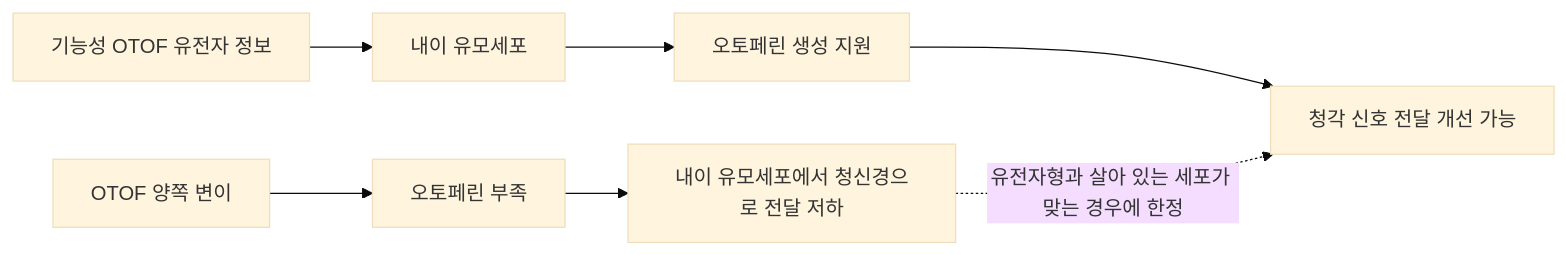
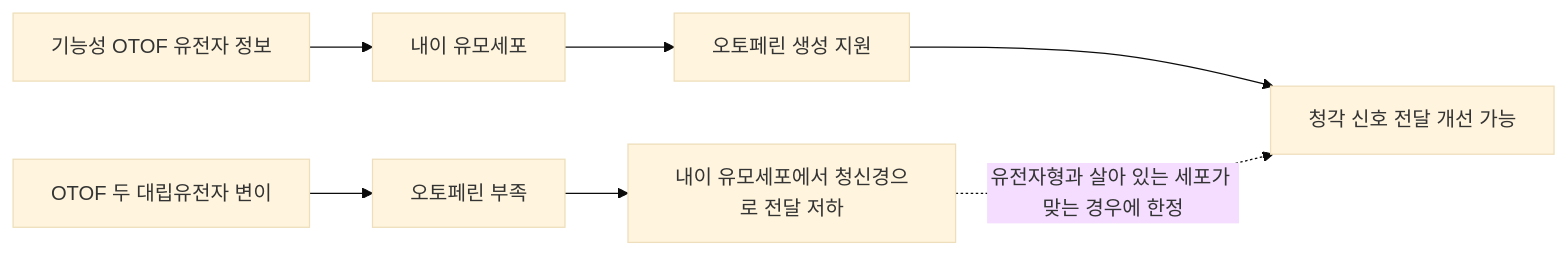
One commit to yoonip/engineering-notes changed the first of 2 diagrams in 장애를극복하는기술_disability-technology/04-청각장애_hearing-access.md. Above: the diagram before and after it, drawn with Mermaid (base theme). The commit also changed other lines of this file and 11 other files, not shown here.

````diff
--- a/장애를극복하는기술_disability-technology/04-청각장애_hearing-access.md
+++ b/장애를극복하는기술_disability-technology/04-청각장애_hearing-access.md
@@ -25,9 +25,9 @@
 ```mermaid
 flowchart LR
-    A[OTOF 양쪽 변이] --> B[오토페린 부족]
+    A[OTOF 두 대립유전자 변이] --> B[오토페린 부족]
     B --> C[내이 유모세포에서 청신경으로 전달 저하]
     D[기능성 OTOF 유전자 정보] --> E[내이 유모세포]
     E --> F[오토페린 생성 지원]
     F --> G[청각 신호 전달 개선 가능]
     C -. 유전자형과 살아 있는 세포가 맞는 경우에 한정 .-> G
 ```
````
